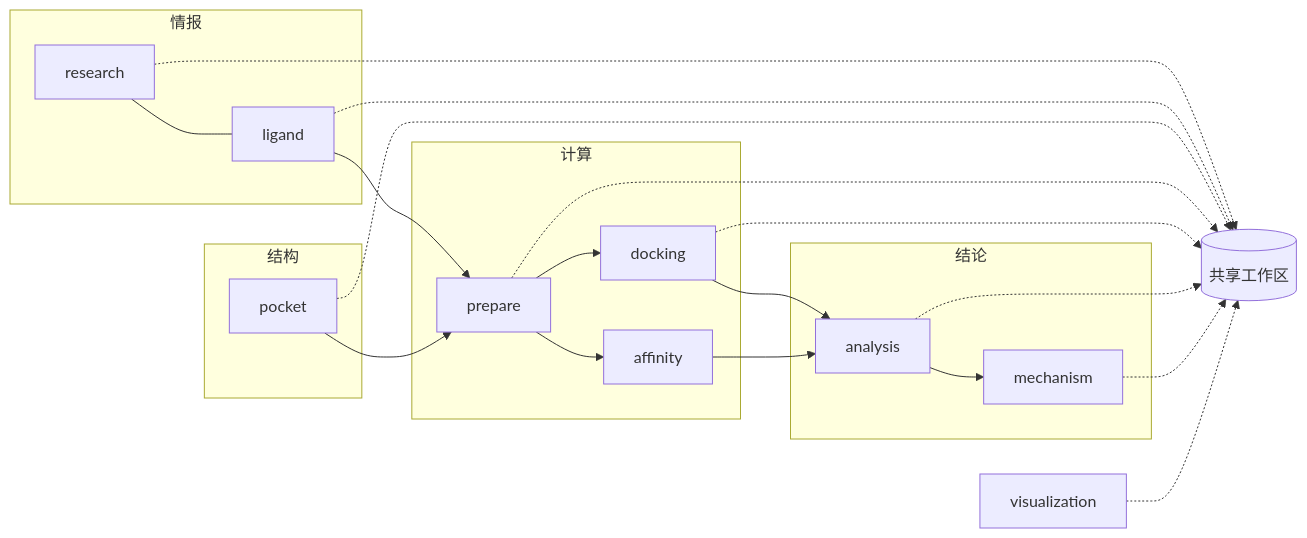
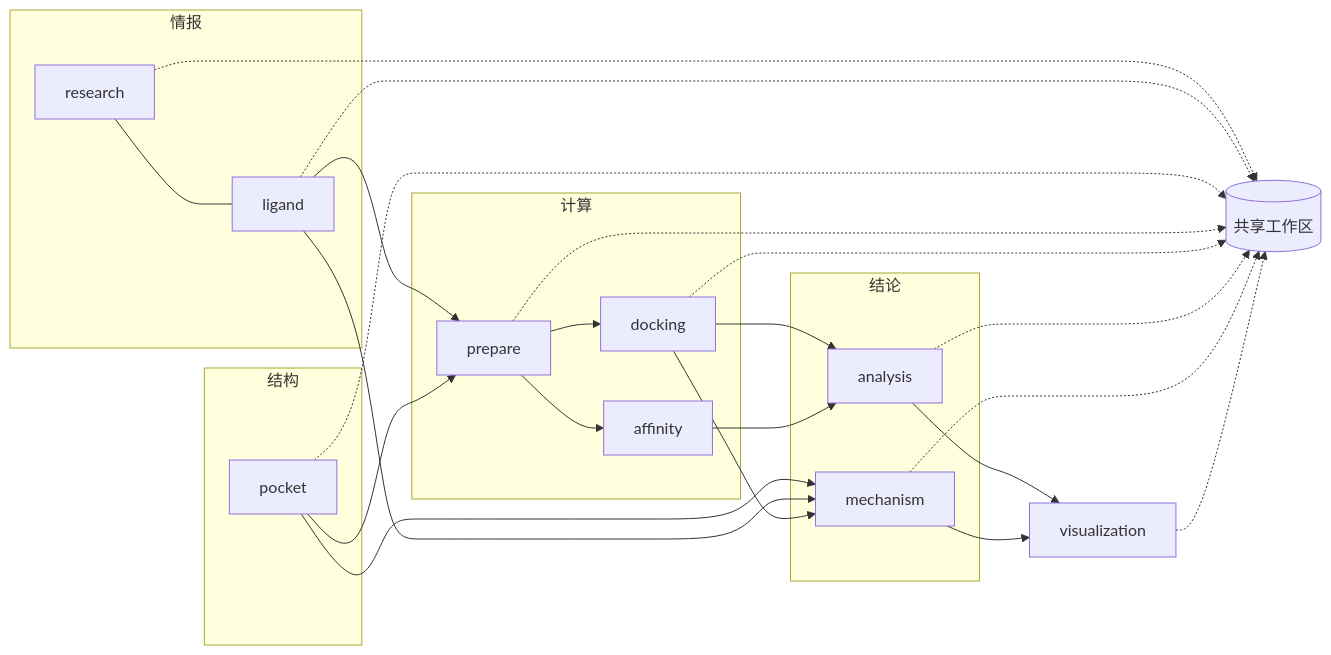
Before and after one commit to zhenqiangZ/VSAgent: the second of 3 diagrams in docs/ten-agent-design.md, drawn with Mermaid. The commit also changed other lines of this file and 15 other files, not shown here.

Commit message:
文档：意图重构的决策与读数，规则、指引与模块地图同步

````diff
--- a/docs/ten-agent-design.md
+++ b/docs/ten-agent-design.md
@@ -432,30 +445,36 @@
 ```mermaid
 flowchart LR
   subgraph 情报
     R[research] --- G[ligand]
   end
   subgraph 结构
     P[pocket]
   end
   subgraph 计算
     PR[prepare] --> DK[docking]
     PR --> AF[affinity]
   end
   subgraph 结论
-    AN[analysis] --> ME[mechanism]
+    AN[analysis]
+    ME[mechanism]
   end
   V[visualization]
   W[(共享工作区)]
   G --> PR
   P --> PR
   DK --> AN
   AF --> AN
+  P --> ME
+  G --> ME
+  DK --> ME
+  AN --> V
+  ME --> V
   R -.-> W
   G -.-> W
   P -.-> W
   PR -.-> W
   DK -.-> W
   AN -.-> W
   ME -.-> W
   V -.-> W
 ```
````
